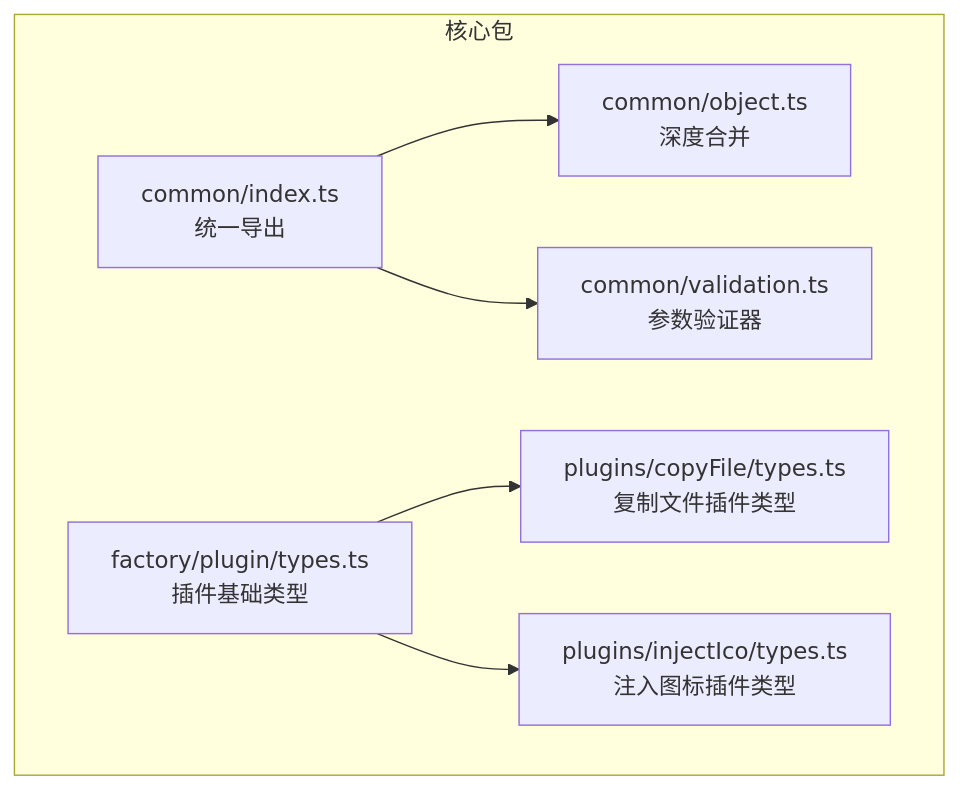
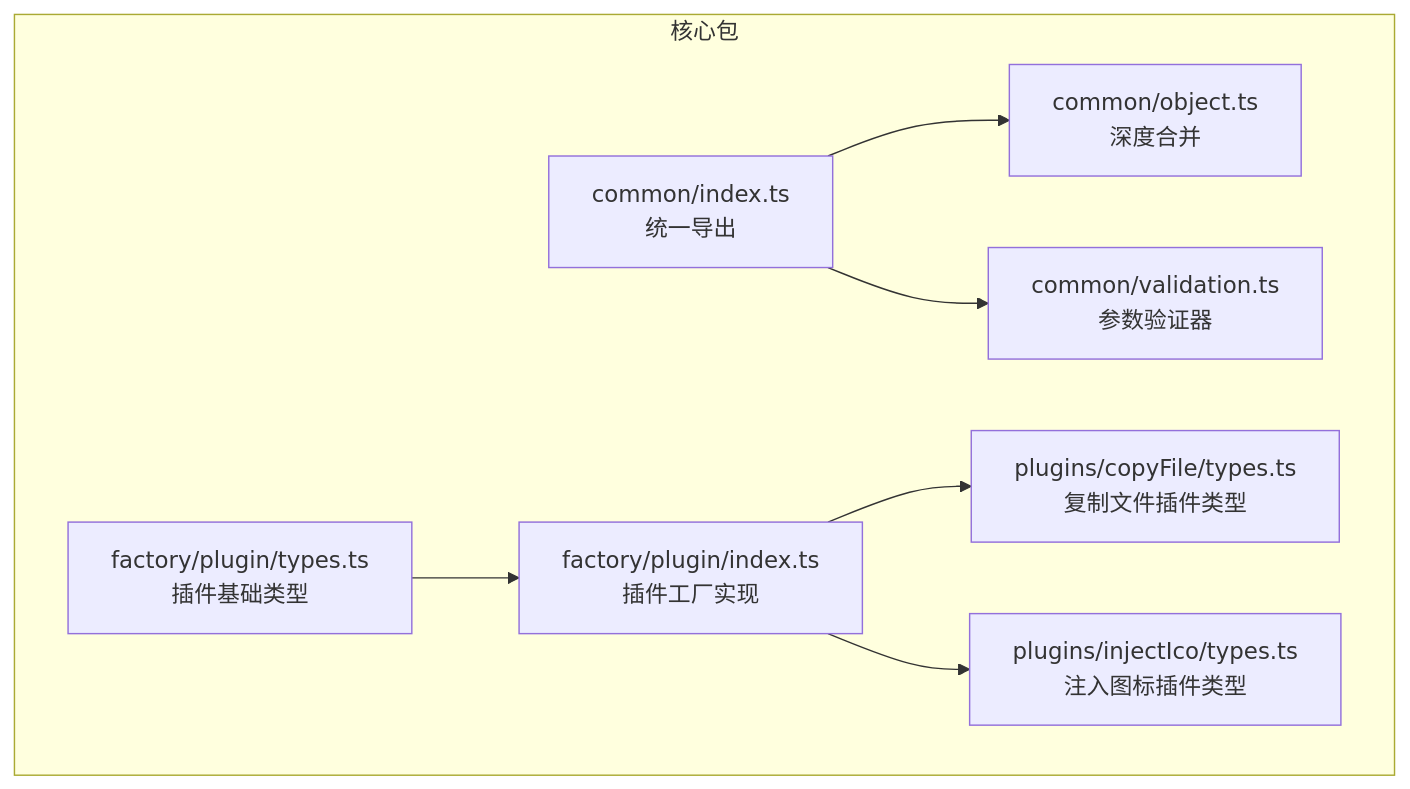
The first of 5 diagrams in .qoder/repowiki/zh/content/工具模块/对象工具.md (MengXi-Studio/vite-plugin), drawn with Mermaid before and after one commit. The commit also changed other lines of this file and 8 other files, not shown here.

````diff
--- a/.qoder/repowiki/zh/content/工具模块/对象工具.md
+++ b/.qoder/repowiki/zh/content/工具模块/对象工具.md
@@ -46,15 +52,17 @@
 ```mermaid
 graph TB
 subgraph "核心包"
 A["common/index.ts<br/>统一导出"]
 B["common/object.ts<br/>深度合并"]
 C["common/validation.ts<br/>参数验证器"]
 D["factory/plugin/types.ts<br/>插件基础类型"]
-E["plugins/copyFile/types.ts<br/>复制文件插件类型"]
-F["plugins/injectIco/types.ts<br/>注入图标插件类型"]
+E["factory/plugin/index.ts<br/>插件工厂实现"]
+F["plugins/copyFile/types.ts<br/>复制文件插件类型"]
+G["plugins/injectIco/types.ts<br/>注入图标插件类型"]
 end
 A --> B
 A --> C
 D --> E
-D --> F
+E --> F
+E --> G
 ```
````
